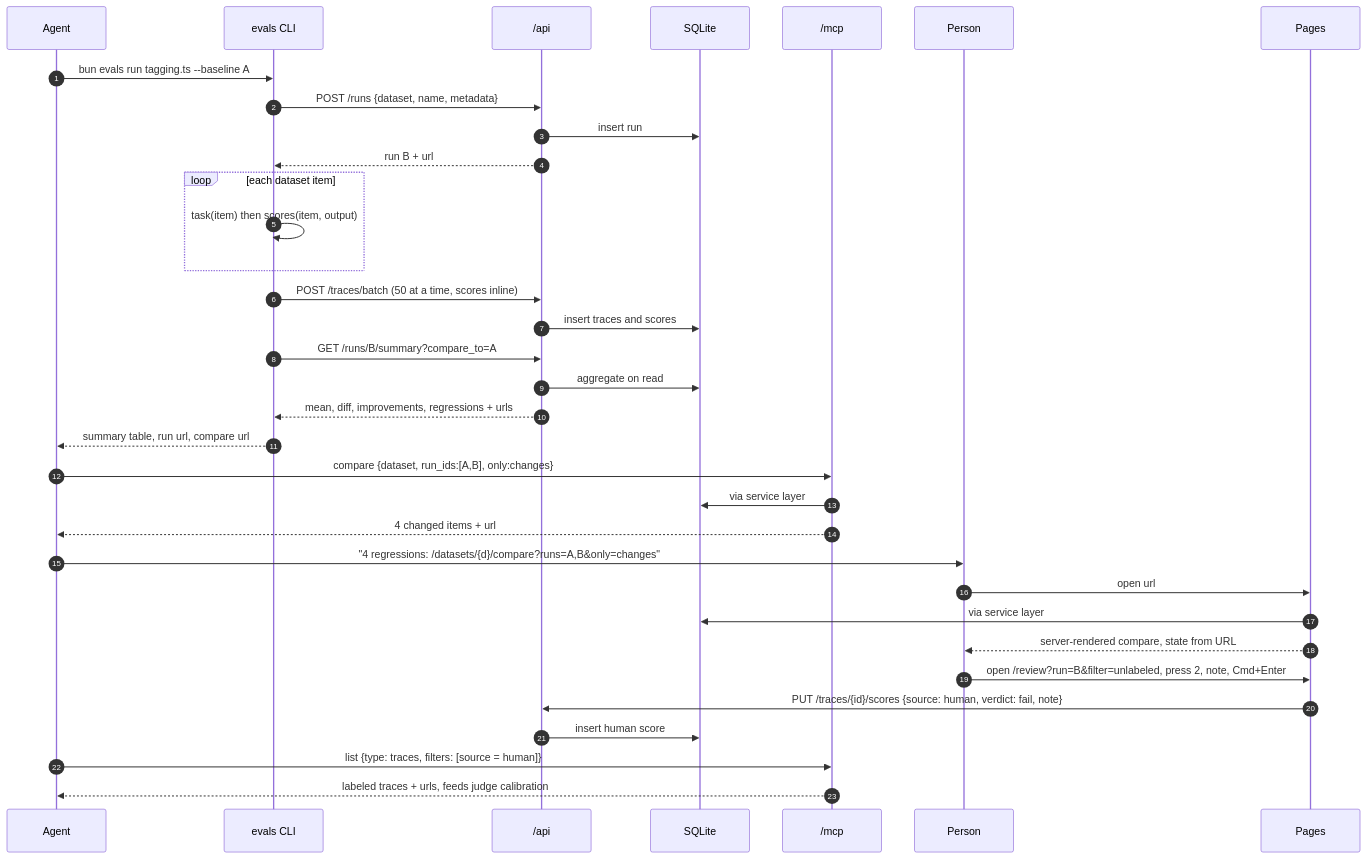
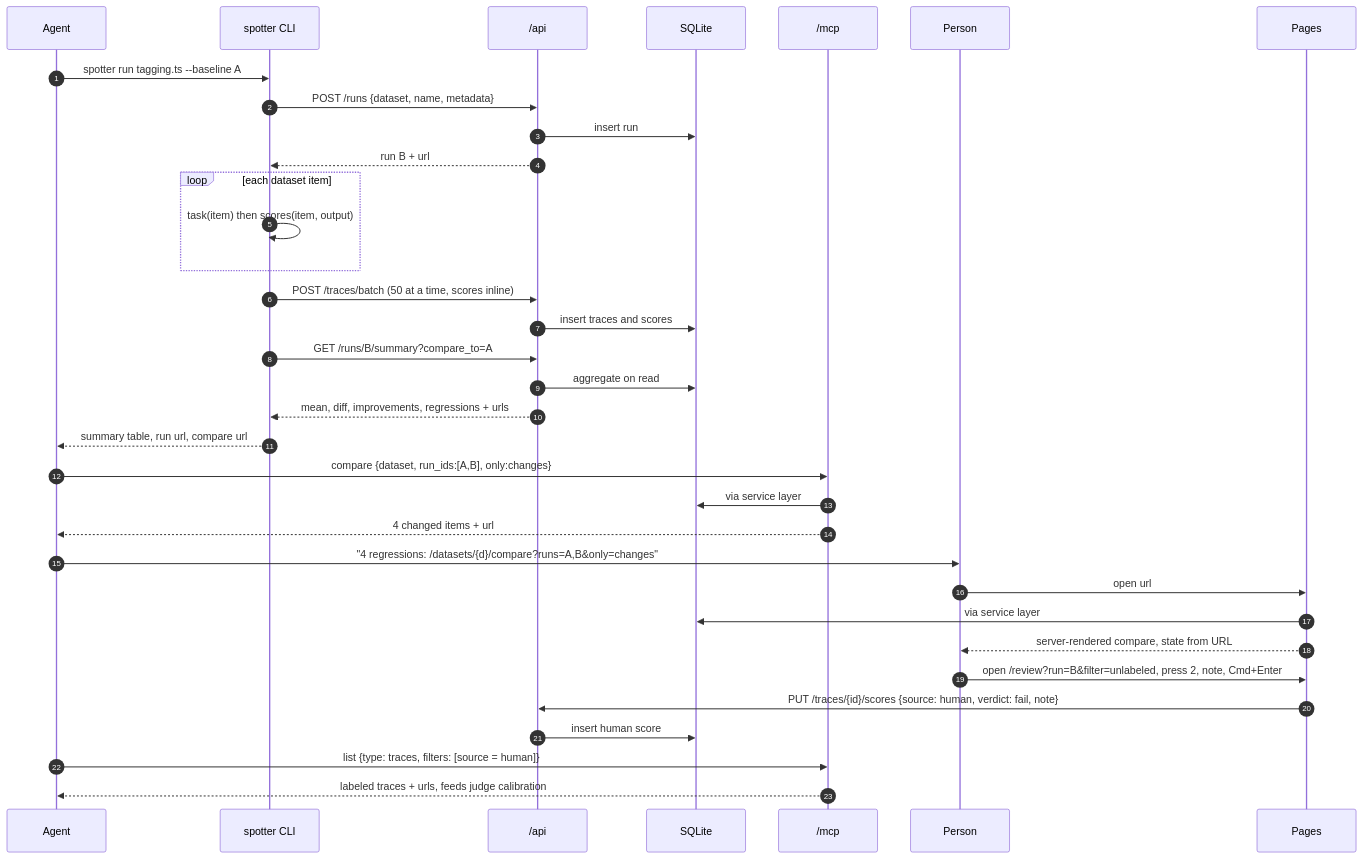
Before and after one commit to itsmeterrylin/spotter: the second of 2 diagrams in docs/plans/2026-09-06-feature-eval-tool-skeleton.md, drawn with Mermaid. The commit also changed other lines of this file and 12 other files, not shown here.

````diff
--- a/docs/plans/2026-09-06-feature-eval-tool-skeleton.md
+++ b/docs/plans/2026-09-06-feature-eval-tool-skeleton.md
@@ -87,37 +87,37 @@
 ```mermaid
 sequenceDiagram
   autonumber
   participant Agent
-  participant CLI as evals CLI
+  participant CLI as spotter CLI
   participant REST as /api
   participant DB as SQLite
   participant MCP as /mcp
   participant Person
   participant Pages
 
-  Agent->>CLI: bun evals run tagging.ts --baseline A
+  Agent->>CLI: spotter run tagging.ts --baseline A
   CLI->>REST: POST /runs {dataset, name, metadata}
   REST->>DB: insert run
   REST-->>CLI: run B + url
   loop each dataset item
     CLI->>CLI: task(item) then scores(item, output)
   end
   CLI->>REST: POST /traces/batch (50 at a time, scores inline)
   REST->>DB: insert traces and scores
   CLI->>REST: GET /runs/B/summary?compare_to=A
   REST->>DB: aggregate on read
   REST-->>CLI: mean, diff, improvements, regressions + urls
   CLI-->>Agent: summary table, run url, compare url
   Agent->>MCP: compare {dataset, run_ids:[A,B], only:changes}
   MCP->>DB: via service layer
   MCP-->>Agent: 4 changed items + url
   Agent->>Person: "4 regressions: /datasets/{d}/compare?runs=A,B&only=changes"
   Person->>Pages: open url
   Pages->>DB: via service layer
   Pages-->>Person: server-rendered compare, state from URL
   Person->>Pages: open /review?run=B&filter=unlabeled, press 2, note, Cmd+Enter
   Pages->>REST: PUT /traces/{id}/scores {source: human, verdict: fail, note}
   REST->>DB: insert human score
   Agent->>MCP: list {type: traces, filters: [source = human]}
   MCP-->>Agent: labeled traces + urls, feeds judge calibration
 ```
````
